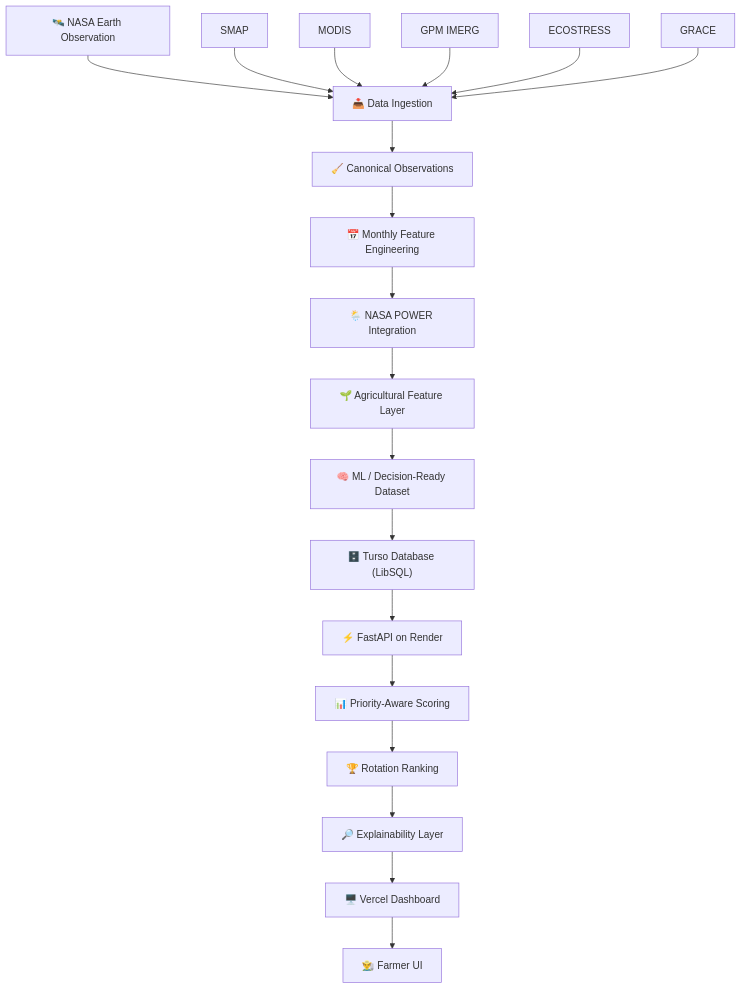
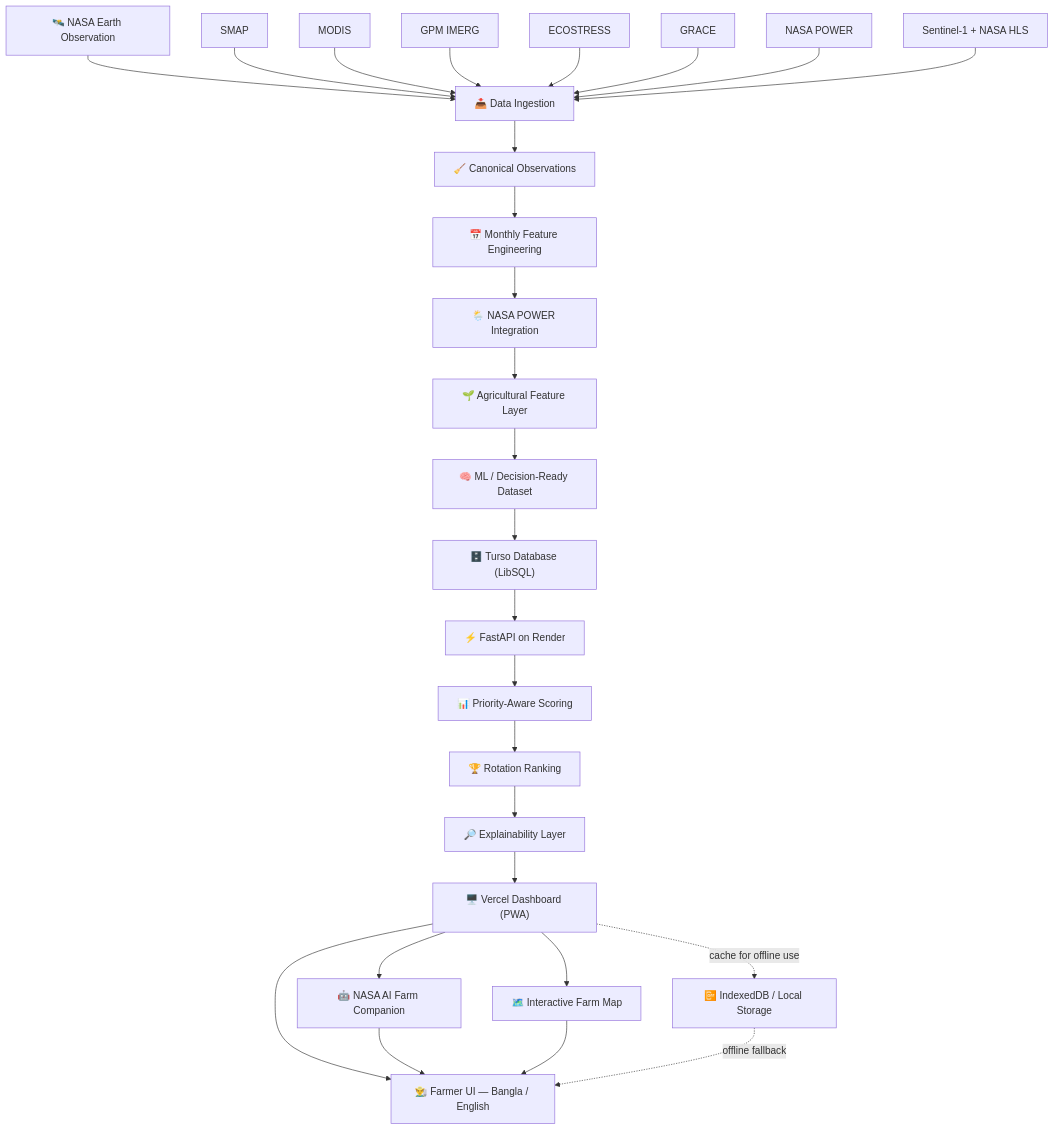
One commit to Zishan-125/field-shift changed the first of 5 diagrams in README.md. Above: the diagram before and after it, drawn with Mermaid. The commit also changed other lines of this file, not shown here.

First line of the commit message:
Enhance README with Leaflet and PWA features

````diff
--- a/README.md
+++ b/README.md
@@ -210,35 +221,44 @@
 ```mermaid
 flowchart TD
 
     A["🛰️ NASA Earth Observation"] --> B["📥 Data Ingestion"]
 
     A1["SMAP"] --> B
     A2["MODIS"] --> B
     A3["GPM IMERG"] --> B
     A4["ECOSTRESS"] --> B
     A5["GRACE"] --> B
+    A6["NASA POWER"] --> B
+    A7["Sentinel-1 + NASA HLS"] --> B
 
     B --> C["🧹 Canonical Observations"]
 
     C --> D["📅 Monthly Feature Engineering"]
 
     D --> E["🌦️ NASA POWER Integration"]
 
     E --> F["🌱 Agricultural Feature Layer"]
 
     F --> G["🧠 ML / Decision-Ready Dataset"]
 
     G --> H["🗄️ Turso Database (LibSQL)"]
 
     H --> I["⚡ FastAPI on Render"]
 
     I --> J["📊 Priority-Aware Scoring"]
 
     J --> K["🏆 Rotation Ranking"]
 
     K --> L["🔎 Explainability Layer"]
 
-    L --> M["🖥️ Vercel Dashboard"]
+    L --> M["🖥️ Vercel Dashboard (PWA)"]
 
-    M --> N["👨‍🌾 Farmer UI"]
+    M --> N["👨‍🌾 Farmer UI — Bangla / English"]
+    M --> P["🤖 NASA AI Farm Companion"]
+    M --> Q["🗺️ Interactive Farm Map"]
+    P --> N
+    Q --> N
+
+    M -.->|"cache for offline use"| R["📴 IndexedDB / Local Storage"]
+    R -.->|"offline fallback"| N
 ```
````
